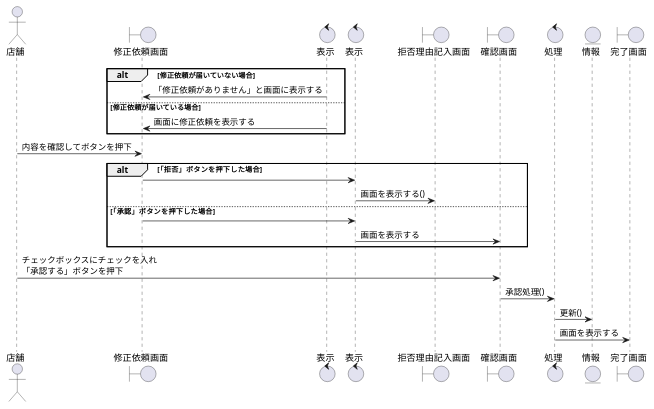
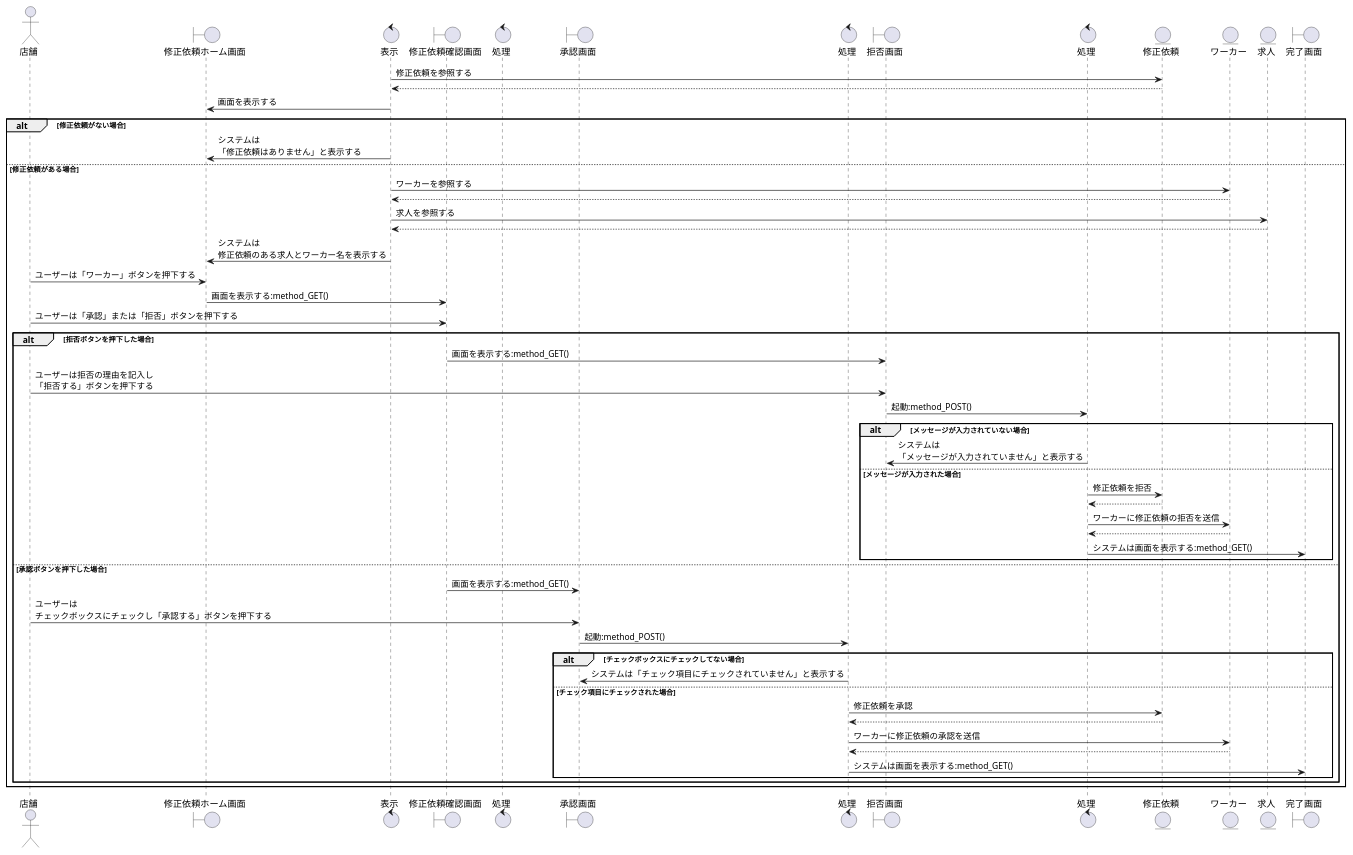
Before and after one commit to irukacb256/high_Me: the diagram in sequence_fig/8_storeside_fn/06_修正依頼の確認、承認をする.pu, drawn with PlantUML. The commit also changed 5 other files, not shown here.

```diff
--- a/sequence_fig/8_storeside_fn/06_修正依頼の確認、承認をする.pu
+++ b/sequence_fig/8_storeside_fn/06_修正依頼の確認、承認をする.pu
@@ -1,38 +1,76 @@
 @startuml 修正依頼の確認、承認をする
 
-actor 店舗 as st1
-boundary 修正依頼画面 as b1
-control 表示 as c1
-control 表示 as c2
-boundary 拒否理由記入画面 as b2
-boundary 確認画面 as b3
-control 処理 as c3
-entity 情報 as en1
-boundary 完了画面 as b4
+actor 店舗 as cp1
+boundary 修正依頼ホーム画面 as b1
+control 表示 as co1
+boundary 修正依頼確認画面 as b2
+control 処理 as co2
+boundary 承認画面 as b3
+control 処理 as co3
+boundary 拒否画面 as b4
+control 処理 as co4
 
-alt 修正依頼が届いていない場合 
-b1 <- c1 :「修正依頼がありません」と画面に表示する
+entity 修正依頼 as cr1
+entity ワーカー as wo1
+entity 求人 as jb1
+boundary 完了画面 as b5
 
-else 修正依頼が届いている場合
-b1 <- c1 :画面に修正依頼を表示する
+co1 -> cr1 : 修正依頼を参照する
+co1 <-- cr1
+co1 -> b1 : 画面を表示する
+
+alt 修正依頼がない場合
+    co1 -> b1 : システムは\n「修正依頼はありません」と表示する
+
+else 修正依頼がある場合
+    co1 -> wo1 : ワーカーを参照する
+    co1 <-- wo1
+    co1 -> jb1 : 求人を参照する
+    co1 <-- jb1
+    co1 -> b1 : システムは\n修正依頼のある求人とワーカー名を表示する
+
+    cp1 -> b1 : ユーザーは「ワーカー」ボタンを押下する
+    b1 -> b2 : 画面を表示する:method_GET()
+    cp1 -> b2 : ユーザーは「承認」または「拒否」ボタンを押下する
+
+    alt 拒否ボタンを押下した場合
+        b2 -> b4 : 画面を表示する:method_GET()
+        cp1 -> b4 : ユーザーは拒否の理由を記入し\n「拒否する」ボタンを押下する
+        b4 -> co4 : 起動:method_POST()
+
+        alt メッセージが入力されていない場合
+            co4 -> b4 : システムは\n「メッセージが入力されていません」と表示する
+        
+        else メッセージが入力された場合
+            co4 -> cr1 : 修正依頼を拒否
+            co4 <-- cr1
+            co4 -> wo1 : ワーカーに修正依頼の拒否を送信
+            co4 <-- wo1
+            co4 -> b5 : システムは画面を表示する:method_GET()
+
+        end
+
+    else 承認ボタンを押下した場合
+        b2 -> b3 : 画面を表示する:method_GET()
+        cp1 -> b3 : ユーザーは\nチェックボックスにチェックし「承認する」ボタンを押下する
+        b3 -> co3 : 起動:method_POST()
+
+        alt チェックボックスにチェックしてない場合
+            co3 -> b3 : システムは「チェック項目にチェックされていません」と表示する
+
+        else チェック項目にチェックされた場合
+            co3 -> cr1 : 修正依頼を承認
+            co3 <-- cr1
+            co3 -> wo1 : ワーカーに修正依頼の承認を送信
+            co3 <-- wo1
+            co3 -> b5 : システムは画面を表示する:method_GET()
+
+        end
+
+    end
+
 
 end
 
-st1 -> b1 :内容を確認してボタンを押下
-
-alt 「拒否」ボタンを押下した場合
-b1 -> c2 
-c2 -> b2 :画面を表示する()
-
-else 「承認」ボタンを押下した場合
-b1 -> c2 
-c2 -> b3 :画面を表示する
-
-end
-
-st1 -> b3 :チェックボックスにチェックを入れ\n「承認する」ボタンを押下
-b3 -> c3 :承認処理()
-c3 -> en1 :更新()
-c3 -> b4 :画面を表示する
 
 @enduml
```
